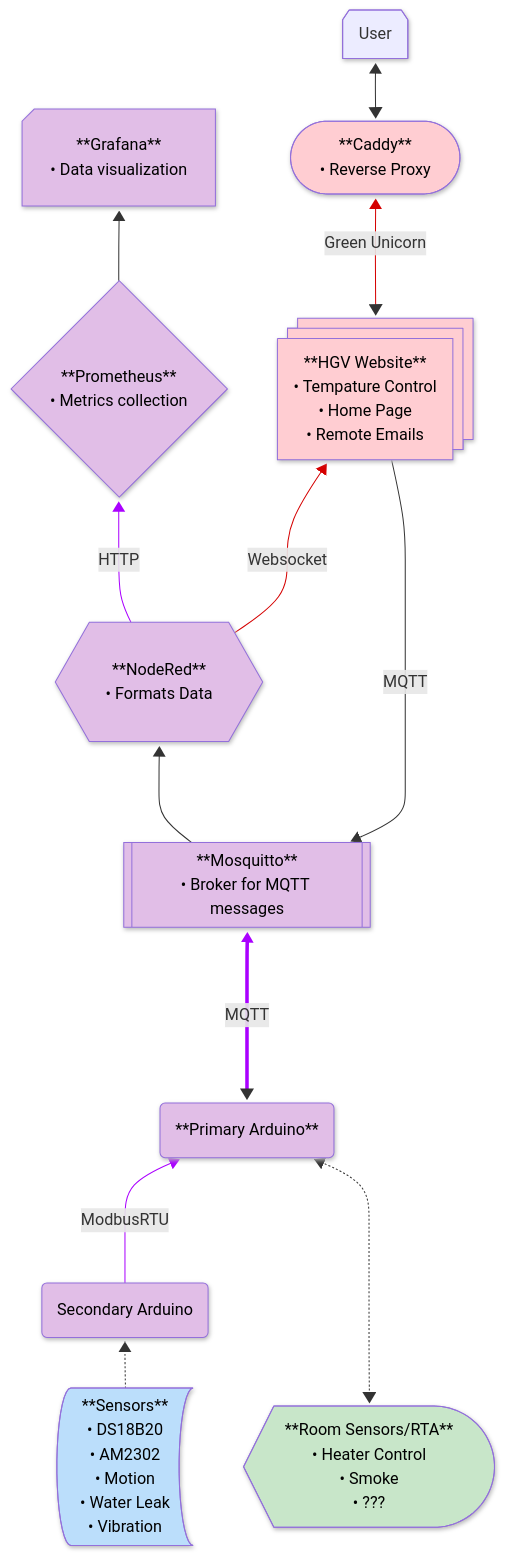
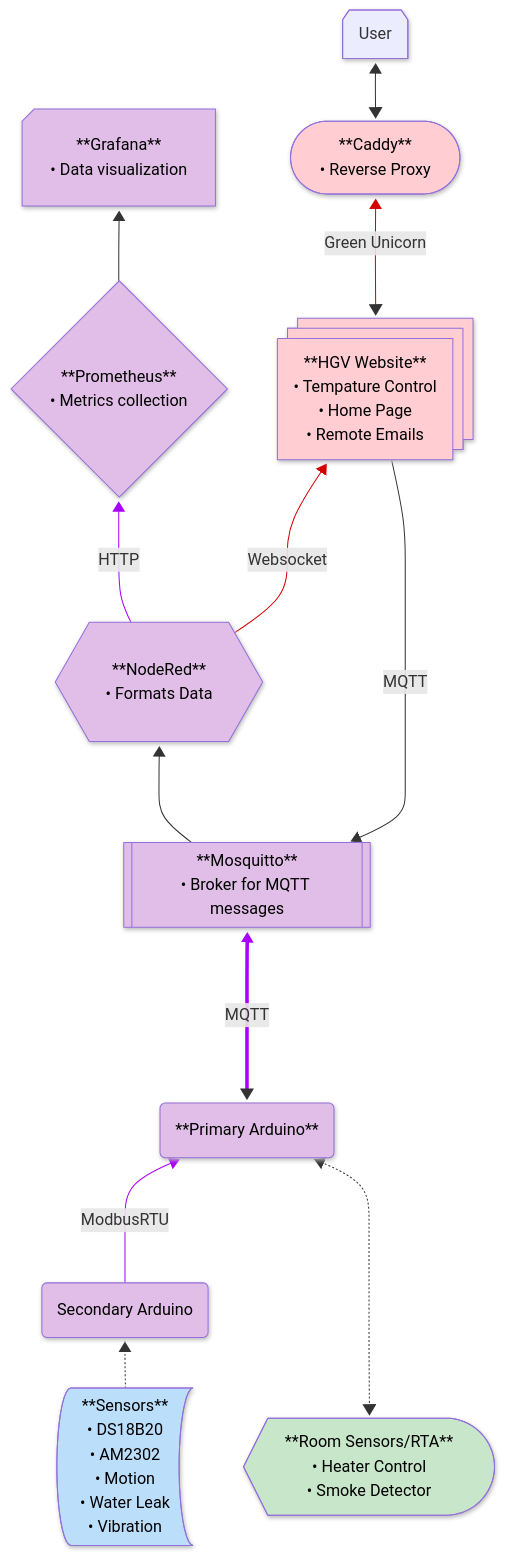
Before and after one commit to Heather-Glen-Village/HGV-Arduino: the diagram in README.md, drawn with Mermaid.

Commit message:
Updated RTA node in README

````diff
--- a/README.md
+++ b/README.md
@@ -95,43 +95,43 @@
 ```mermaid
 ---
 config:
   theme: mc
   look: neo
   layout: dagre
 ---
 flowchart BT
     Sen1["**Sensors**<br>• DS18B20<br>• AM2302<br>• Motion<br>• Water Leak<br>• Vibration"] -.-> Sec("Secondary Arduino")
     Sec -- ModbusRTU ---> Pri("**Primary Arduino**")
-    Room["**Room Sensors/RTA**<br>• Heater Control <br>• Smoke<br>• ???"] <-...-> Pri
+    Room["**Room Sensors/RTA**<br>• Heater Control <br>• Smoke Detector<br>"] <-...-> Pri
     Pri <== MQTT ====> Mos["**Mosquitto**<br>• Broker for MQTT messages"]
     Mos ---> NR["**NodeRed**<br>• Formats Data"]
     NR -- HTTP ---> Pro["**Prometheus**<br>• Metrics collection"]
     Pro --> Gra["**Grafana**<br>• Data visualization"]
     NR -- Websocket ---> Web["**HGV Website**<br>• Tempature Control<br>• Home Page<br>• Remote Emails<br>"]
     Web -- MQTT --> Mos
     Web <-- Green Unicorn --> Cad(["**Caddy**<br>• Reverse Proxy"])
     Cad <--> USR["User"]
     Sen1@{ shape: stored-data}
     Room@{ shape: display}
     Mos@{ shape: subproc}
     NR@{ shape: hex}
     Pro@{ shape: diam}
     Gra@{ shape: card}
     Web@{ shape: procs}
     USR@{ shape: loop-limit}
     style Sen1 fill:#BBDEFB,color:#000000
     style Sec fill:#E1BEE7,color:#000000
     style Pri fill:#E1BEE7,color:#000000
     style Room fill:#C8E6C9,color:#000000
     style Mos fill:#E1BEE7,color:#000000
     style NR fill:#E1BEE7,color:#000000
     style Pro fill:#E1BEE7,color:#000000
     style Gra fill:#E1BEE7,color:#000000
     style Web fill:#FFCDD2,color:#000000
     style Cad fill:#FFCDD2,color:#000000
     linkStyle 1 stroke:#AA00FF,fill:none
     linkStyle 3 stroke:#AA00FF,fill:none
     linkStyle 5 stroke:#AA00FF,fill:none
     linkStyle 7 stroke:#D50000,fill:none
     linkStyle 9 stroke:#D50000,fill:none
 ```
````
